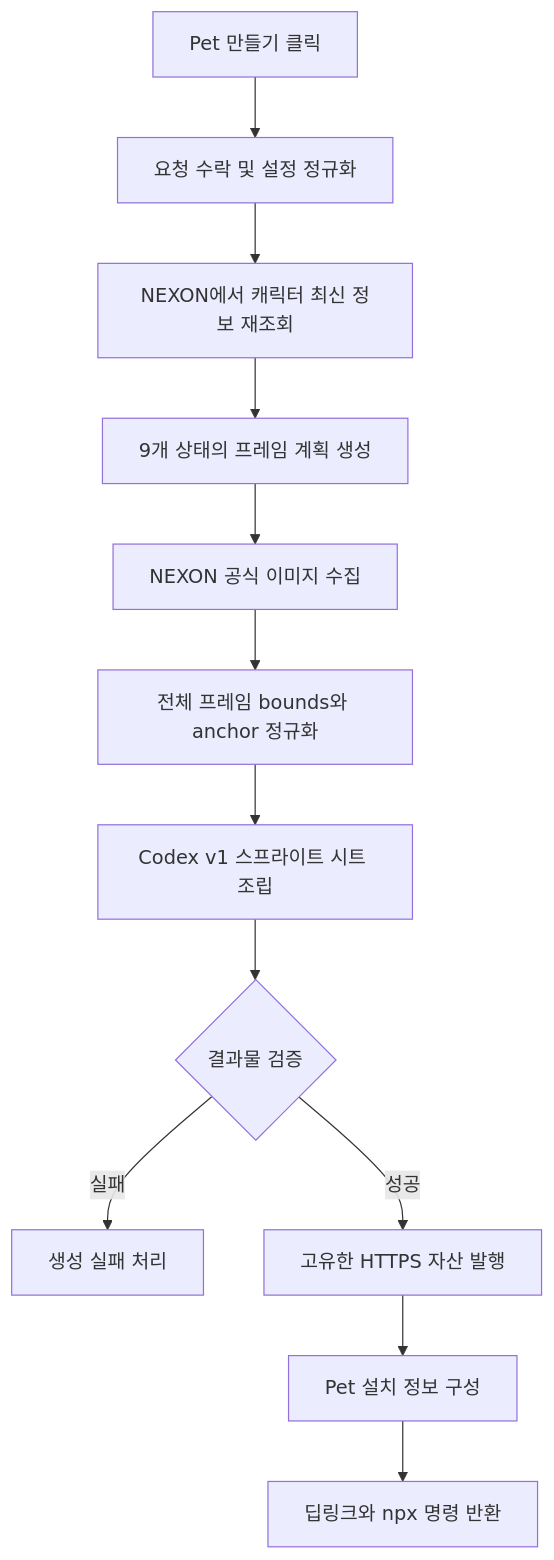
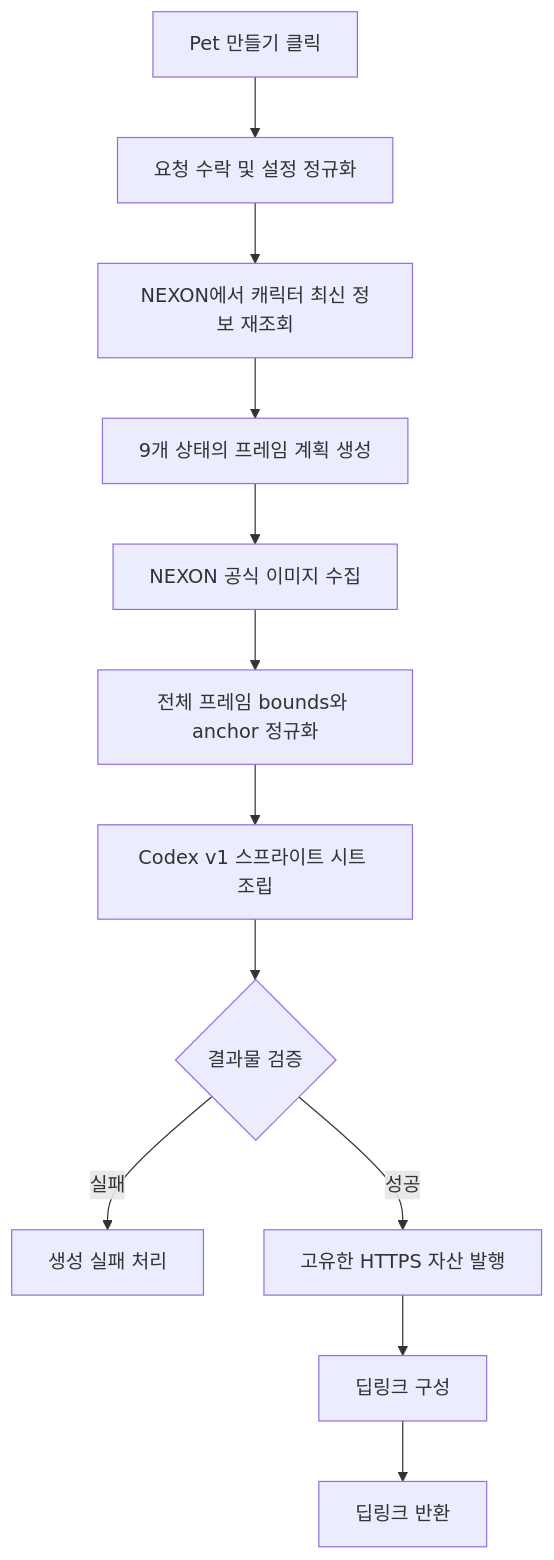
Before and after one commit to kangaroo19/maple-hatch-pet: the diagram in docs/product-spec/pet-generation-flow.md, drawn with Mermaid. The commit also changed other lines of this file and 15 other files, not shown here.

````diff
--- a/docs/product-spec/pet-generation-flow.md
+++ b/docs/product-spec/pet-generation-flow.md
@@ -71,14 +71,14 @@
 ```mermaid
 flowchart TD
     A["Pet 만들기 클릭"] --> B["요청 수락 및 설정 정규화"]
     B --> C["NEXON에서 캐릭터 최신 정보 재조회"]
     C --> D["9개 상태의 프레임 계획 생성"]
     D --> E["NEXON 공식 이미지 수집"]
     E --> F["전체 프레임 bounds와 anchor 정규화"]
     F --> G["Codex v1 스프라이트 시트 조립"]
     G --> H{"결과물 검증"}
     H -->|"실패"| I["생성 실패 처리"]
     H -->|"성공"| J["고유한 HTTPS 자산 발행"]
-    J --> K["Pet 설치 정보 구성"]
-    K --> L["딥링크와 npx 명령 반환"]
+    J --> K["딥링크 구성"]
+    K --> L["딥링크 반환"]
 ```
````
